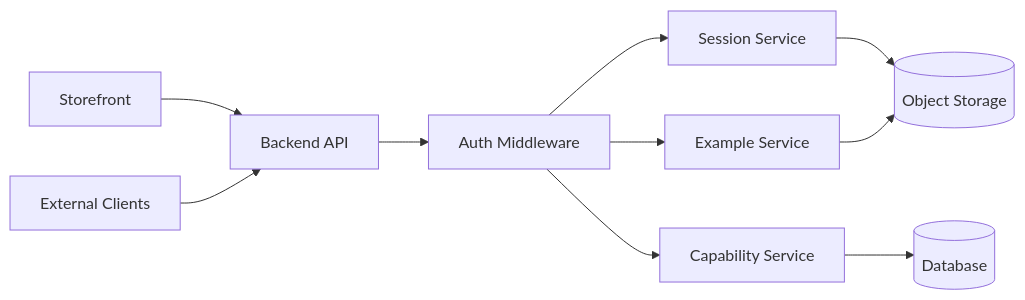
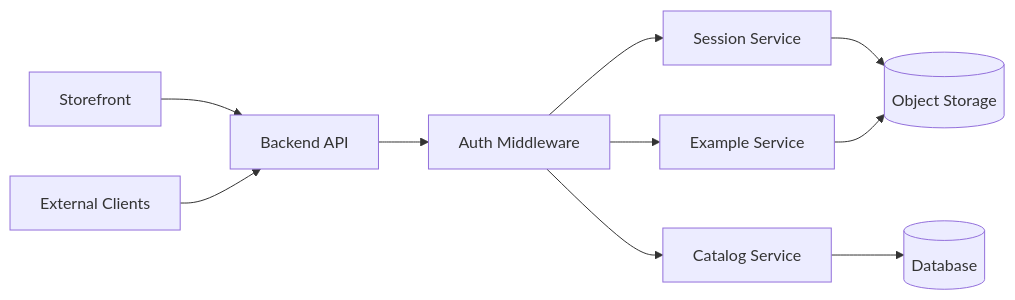
The diagram in docs/backend/overview.md (CRSS-AI/tracepipe-docs), drawn with Mermaid before and after one commit. The commit also changed other lines of this file and 9 other files, not shown here.

````diff
--- a/docs/backend/overview.md
+++ b/docs/backend/overview.md
@@ -11,13 +11,13 @@
 ```mermaid
 graph LR
     Frontend[Storefront] --> API[Backend API]
     External[External Clients] --> API
     API --> Auth[Auth Middleware]
     Auth --> Sessions[Session Service]
-    Auth --> Capability[Capability Service]
+    Auth --> Catalog[Catalog Service]
     Auth --> Examples[Example Service]
     
     Sessions --> Storage[(Object Storage)]
     Examples --> Storage
-    Capability --> DB[(Database)]
+    Catalog --> DB[(Database)]
 ```
````
